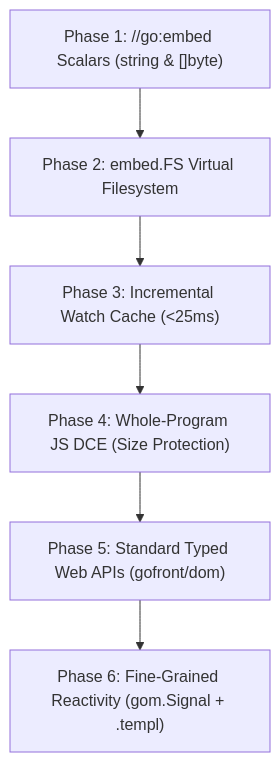
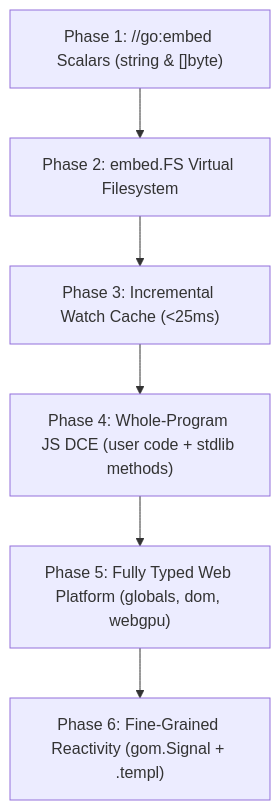
One commit to seriva/gofront changed the diagram in plans/v2.0.0/web-platform-evolution-plan.md. Above: the diagram before and after it, drawn with Mermaid. The commit also changed other lines of this file, not shown here.

First line of the commit message:
docs(web-platform): type browser globals, add WebGPU and stdlib DCE

````diff
--- a/plans/v2.0.0/web-platform-evolution-plan.md
+++ b/plans/v2.0.0/web-platform-evolution-plan.md
@@ -62,8 +71,8 @@
 ```mermaid
 flowchart TD
     P1["Phase 1: //go:embed Scalars (string & []byte)"] --> P2["Phase 2: embed.FS Virtual Filesystem"]
     P2 --> P3["Phase 3: Incremental Watch Cache (<25ms)"]
-    P3 --> P4["Phase 4: Whole-Program JS DCE (Size Protection)"]
-    P4 --> P5["Phase 5: Standard Typed Web APIs (gofront/dom)"]
+    P3 --> P4["Phase 4: Whole-Program JS DCE (user code + stdlib methods)"]
+    P4 --> P5["Phase 5: Fully Typed Web Platform (globals, dom, webgpu)"]
     P5 --> P6["Phase 6: Fine-Grained Reactivity (gom.Signal + .templ)"]
 ```
````
